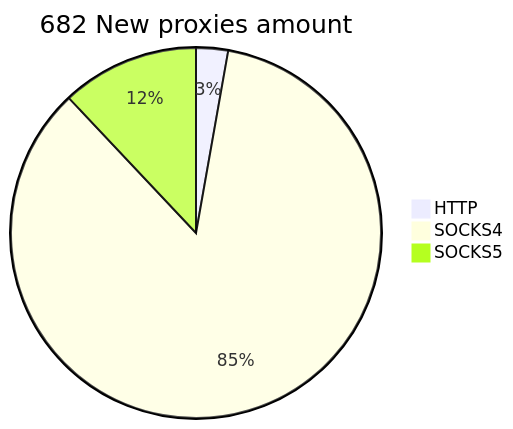
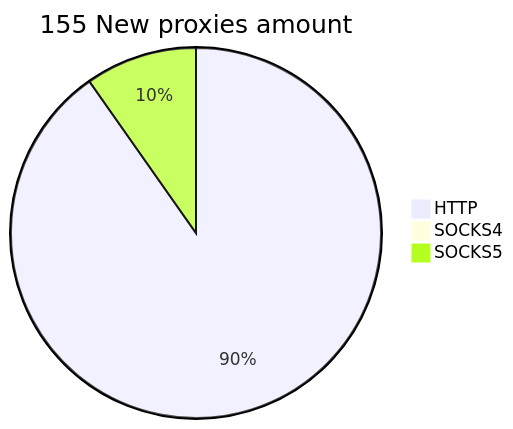
The second of 2 diagrams in README.md (cutipu/proxylist), drawn with Mermaid before and after one commit. The commit also changed other lines of this file, not shown here.

````diff
--- a/README.md
+++ b/README.md
@@ -10,6 +10,6 @@
 ```mermaid
-pie title 682 New proxies amount
-    "HTTP" : 19
-    "SOCKS4" : 581
-    "SOCKS5" : 82
+pie title 155 New proxies amount
+    "HTTP" : 148
+    "SOCKS4" : 0
+    "SOCKS5" : 16
 ```
````
